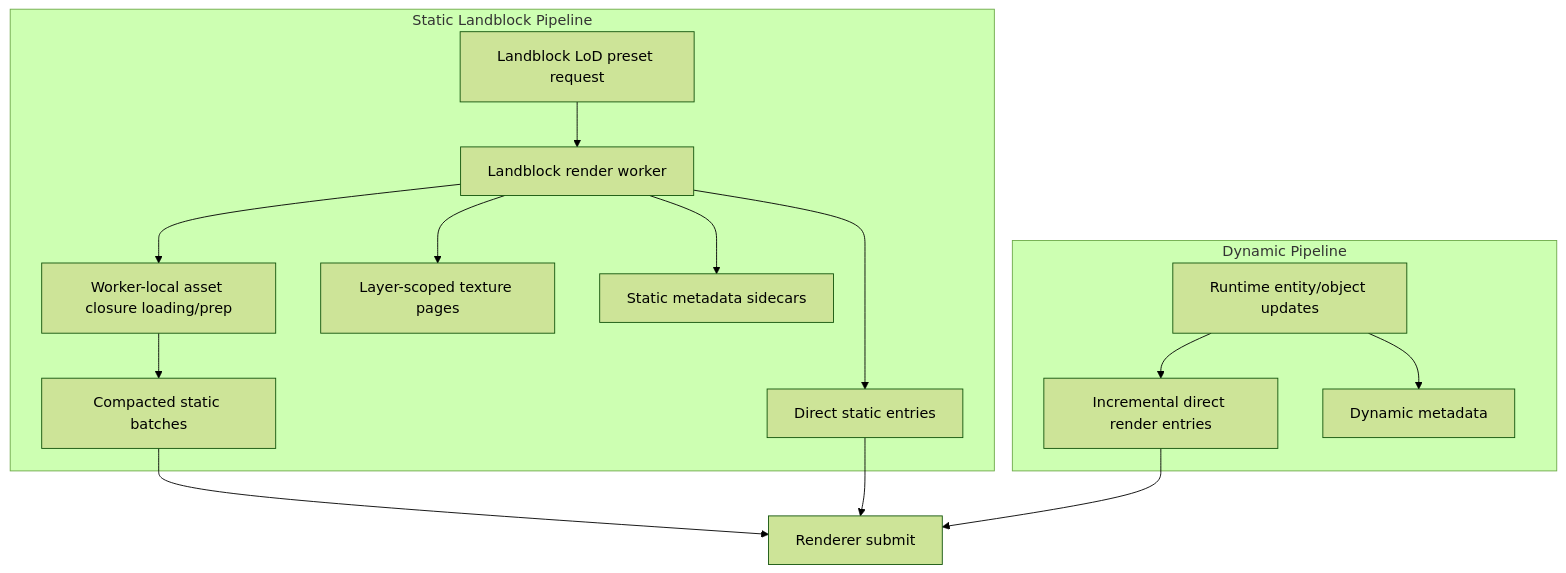
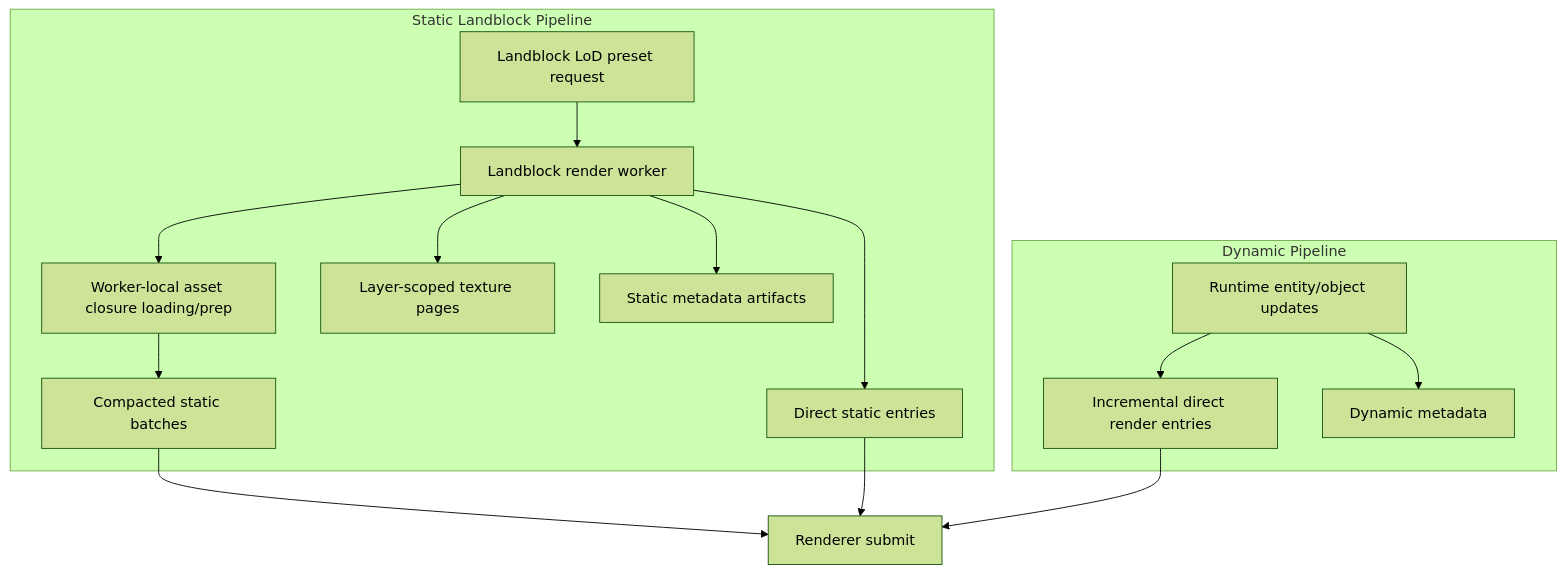
One commit to merklejerk/holtburger changed the fifth of 10 diagrams in docs/plans/holtburger-3d-static-landblock-render-bundle-replacement-plan.md. Above: the diagram before and after it, drawn with Mermaid (forest theme). The commit also changed other lines of this file and 6 other files, not shown here.

````diff
--- a/docs/plans/holtburger-3d-static-landblock-render-bundle-replacement-plan.md
+++ b/docs/plans/holtburger-3d-static-landblock-render-bundle-replacement-plan.md
@@ -747,28 +765,28 @@
 ```mermaid
 flowchart TB
     subgraph Static Landblock Pipeline
         S1[Landblock LoD preset request]
         S2[Landblock render worker]
         S6[Worker-local asset closure loading/prep]
         S3[Compacted static batches]
         S4[Direct static entries]
         S7[Layer-scoped texture pages]
-        S5[Static metadata sidecars]
+        S5[Static metadata artifacts]
         S1 --> S2 --> S6 --> S3
         S2 --> S4
         S2 --> S7
         S2 --> S5
     end
 
     subgraph Dynamic Pipeline
         D1[Runtime entity/object updates]
         D2[Incremental direct render entries]
         D3[Dynamic metadata]
         D1 --> D2
         D1 --> D3
     end
 
     S3 --> R[Renderer submit]
     S4 --> R
     D2 --> R
 ```
````
